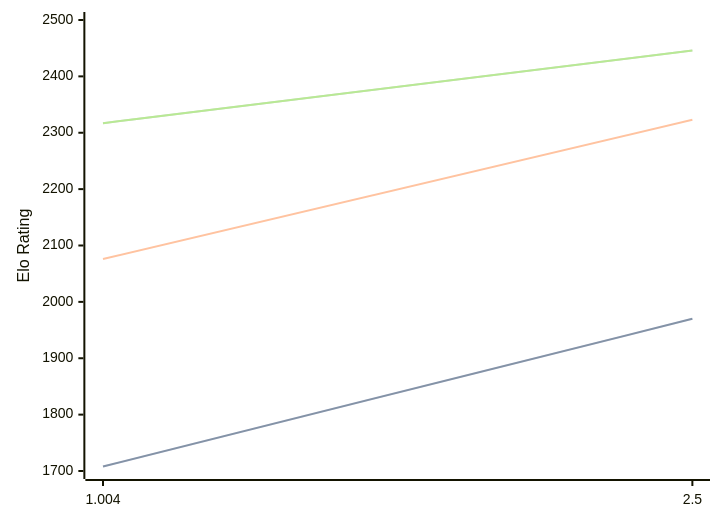
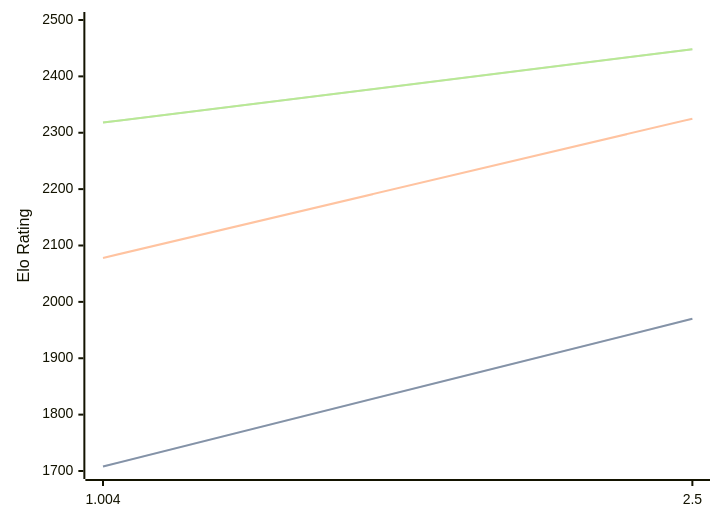
Before and after one commit to computer-chess-index/cci: the diagram in engines/Ares.md, drawn with Mermaid. The commit also changed other lines of this file, not shown here.

Commit message:
Update CCI Ratings (ELO VLTC) - 2026-09-13

````diff
--- a/engines/Ares.md
+++ b/engines/Ares.md
@@ -32,11 +32,11 @@
 ```mermaid
 %%{init: {"theme":"base","themeVariables":{"seriesColors:['#a3a3a3','#222221','#faa371']}}}%%
 xychart-beta
   x-axis ["1.004", "2.5"]
   y-axis "Elo Rating" 1700 --> 2500
   line "" [1708, 1970]
   line "STC (8.0+0.08s)" [1708, 1970]
-  line "LTC (60.0+0.60s)" [2076, 2323]
-  line "" [2317, 2446]
-  line "VLTC (2m24s+1.12s)" [2317, 2446]
+  line "LTC (60.0+0.60s)" [2078, 2325]
+  line "" [2318, 2448]
+  line "VLTC (2m24s+1.12s)" [2318, 2448]
 ```
````
